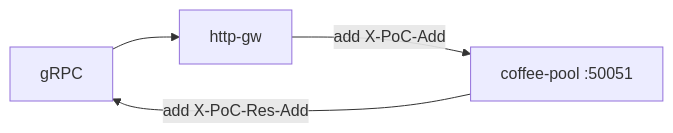
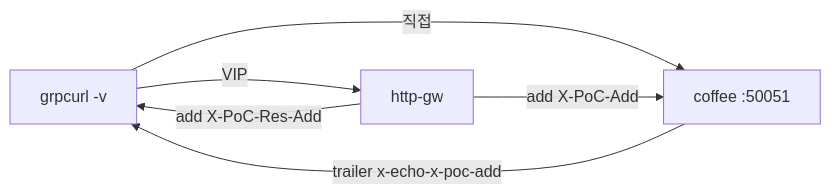
Before and after one commit to mink0119/2609_f5bnk: the diagram in Advanced_Feature/3.12_GRPCRoute_Modifiers/README.md, drawn with Mermaid. The commit also changed other lines of this file and 85 other files, not shown here.

````diff
--- a/Advanced_Feature/3.12_GRPCRoute_Modifiers/README.md
+++ b/Advanced_Feature/3.12_GRPCRoute_Modifiers/README.md
@@ -7,6 +10,8 @@
 ```mermaid
 flowchart LR
-  C[gRPC] --> GW[http-gw]
-  GW -->|add X-PoC-Add| P1[coffee-pool :50051]
-  P1 -->|add X-PoC-Res-Add| C
+  C[grpcurl -v] -->|직접| P1["coffee :50051"]
+  C -->|VIP| GW[http-gw]
+  GW -->|add X-PoC-Add| P1
+  P1 -->|trailer x-echo-x-poc-add| C
+  GW -->|add X-PoC-Res-Add| C
 ```
````
